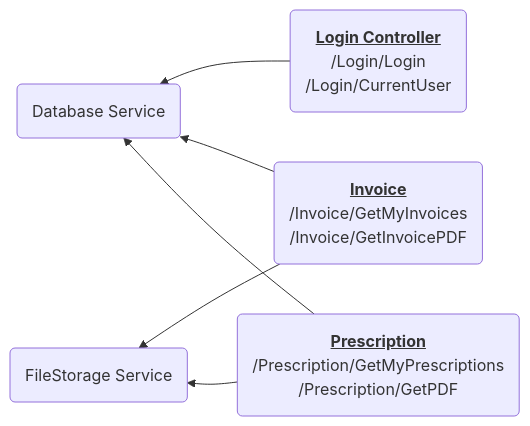
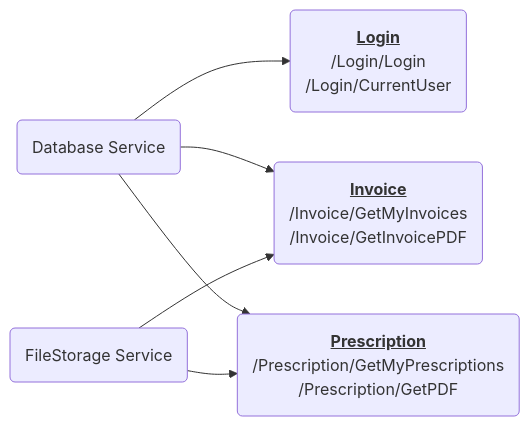
The diagram in README.md (cyber-security-academy/roots-prescription), drawn with Mermaid before and after one commit.

Commit message:
Update README.md
Fix arrows in mermaid

````diff
--- a/README.md
+++ b/README.md
@@ -29,16 +29,16 @@
 ```mermaid
-graph RL;
-Login("<b><u>Login Controller</u></b><br/>/Login/Login<br/>/Login/CurrentUser")
+graph LR;
+Login("<b><u>Login</u></b><br/>/Login/Login<br/>/Login/CurrentUser")
 Invoice("<b><u>Invoice</u></b><br/>/Invoice/GetMyInvoices<br/>/Invoice/GetInvoicePDF")
 Prescription("<b><u>Prescription</u></b><br/>/Prescription/GetMyPrescriptions<br/>/Prescription/GetPDF")
 
 DB("Database Service")
-Login-->DB
-Invoice-->DB
-Prescription-->DB
+DB-->Login
+DB-->Invoice
+DB-->Prescription
 
 File("FileStorage Service")
-Invoice-->File
-Prescription-->File
+File-->Invoice
+File-->Prescription
 
 ```
````
